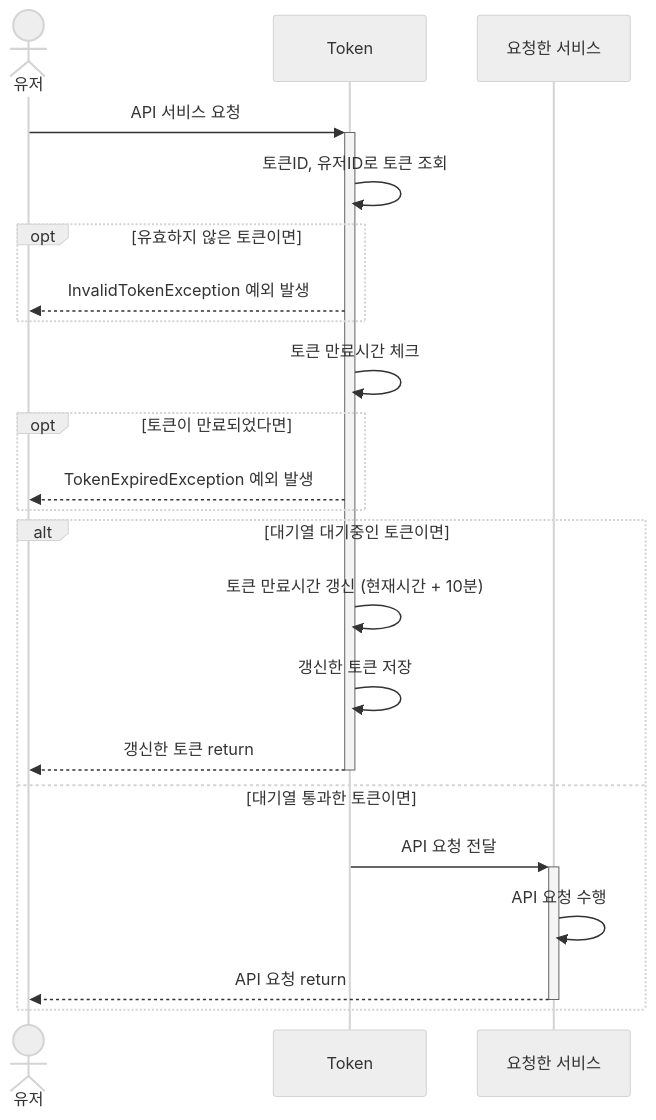
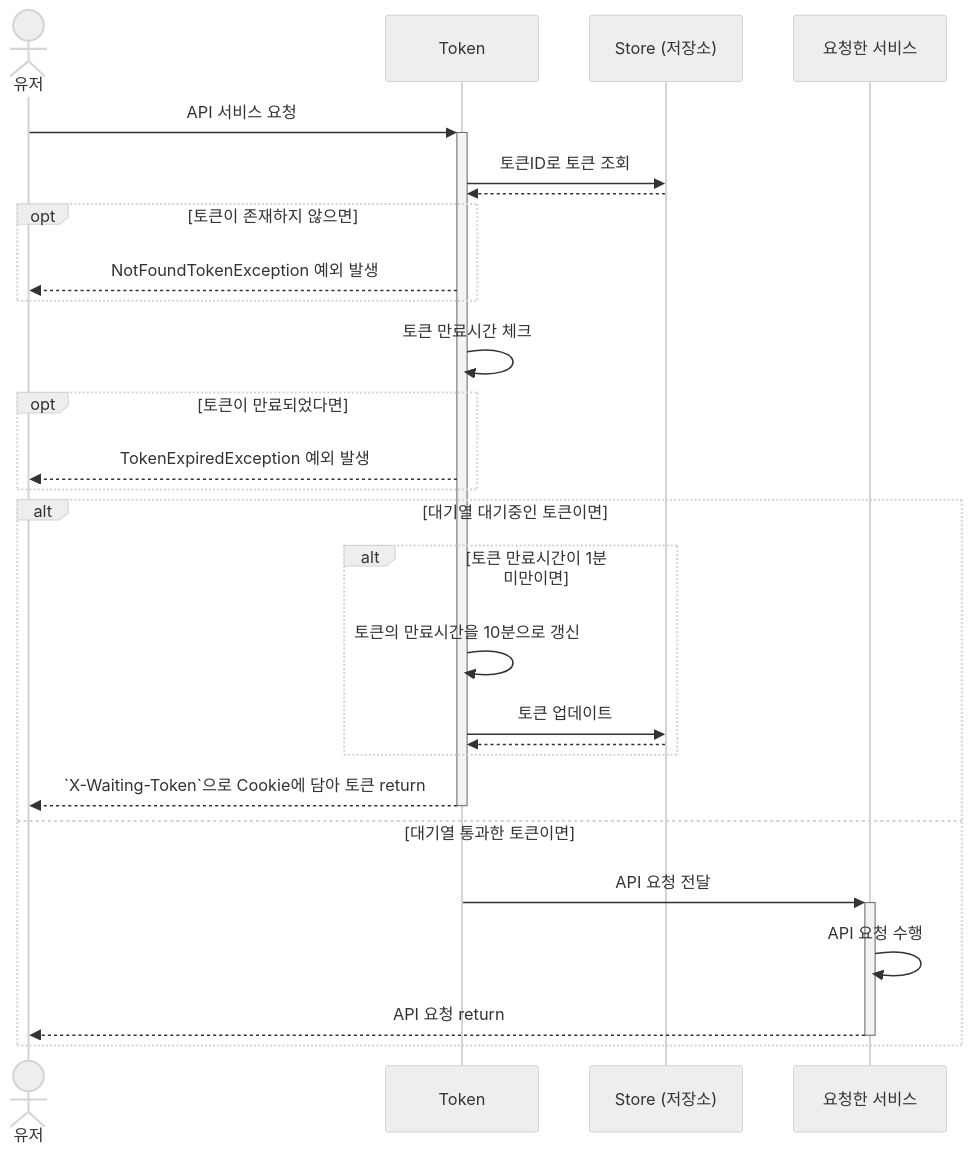
Before and after one commit to giwonn/hhplus-concert: the second of 11 diagrams in docs/sequence_diagram.md, drawn with Mermaid (neutral theme). The commit also changed other lines of this file and 3 other files, not shown here.

Commit message:
feat: 스키마 및 시퀀스 다이어그램 변경

````diff
--- a/docs/sequence_diagram.md
+++ b/docs/sequence_diagram.md
@@ -16,26 +18,32 @@
 ```mermaid
 sequenceDiagram
   actor A1 as 유저
   participant Token as Token
-    participant Request as 요청한 서비스
+  participant Store as Store (저장소)
+  participant Request as 요청한 서비스
+  
 
   A1 ->>+ Token: API 서비스 요청
-  Token ->> Token: 토큰ID, 유저ID로 토큰 조회
-  opt 유효하지 않은 토큰이면
-    Token -->> A1: InvalidTokenException 예외 발생
-  end
-  Token ->> Token: 토큰 만료시간 체크
-  opt 토큰이 만료되었다면
-    Token -->> A1: TokenExpiredException 예외 발생
-  end
-  alt 대기열 대기중인 토큰이면
-      Token ->> Token: 토큰 만료시간 갱신 (현재시간 + 10분)
-      Token ->> Token: 갱신한 토큰 저장
-      Token -->>- A1: 갱신한 토큰 return
+    Token ->> Store: 토큰ID로 토큰 조회
+    Store -->> Token: 
+    opt 토큰이 존재하지 않으면
+        Token -->> A1: NotFoundTokenException 예외 발생
+    end
+      Token ->> Token: 토큰 만료시간 체크
+      opt 토큰이 만료되었다면
+        Token -->> A1: TokenExpiredException 예외 발생
+      end
+      alt 대기열 대기중인 토큰이면
+          alt 토큰 만료시간이 1분 미만이면
+            Token ->> Token: 토큰의 만료시간을 10분으로 갱신
+            Token ->> Store: 토큰 업데이트
+            Store -->> Token: 
+          end
+          Token -->>- A1: `X-Waiting-Token`으로 Cookie에 담아 토큰 return
       
       else 대기열 통과한 토큰이면
       Token ->>+ Request: API 요청 전달
       Request ->> Request: API 요청 수행
       Request -->>- A1: API 요청 return
   end
 ```
````
